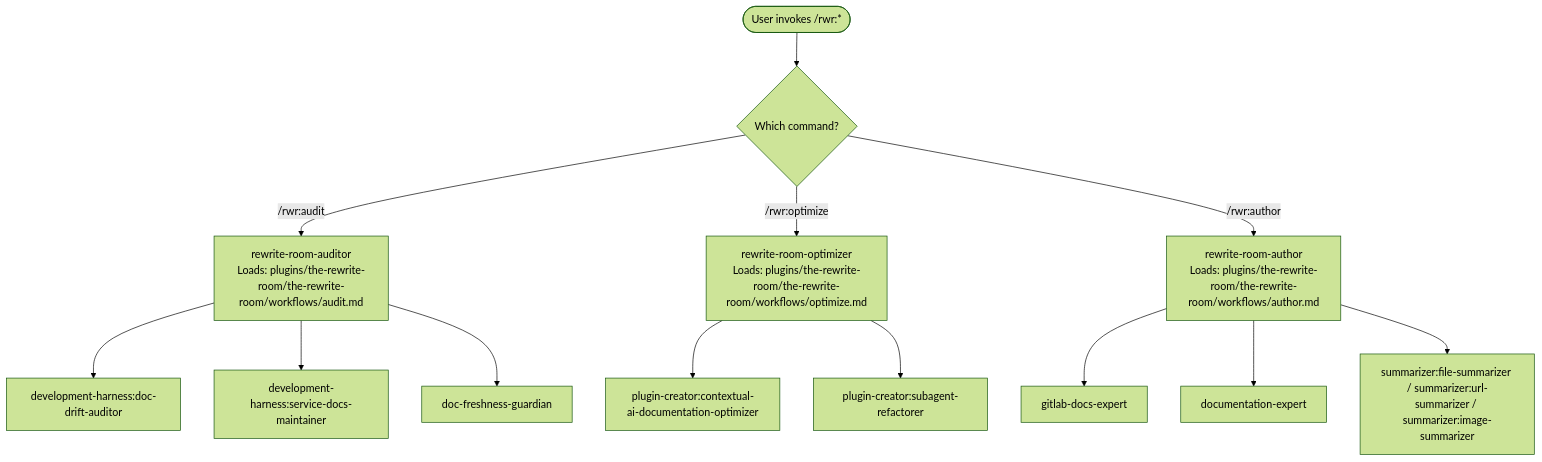
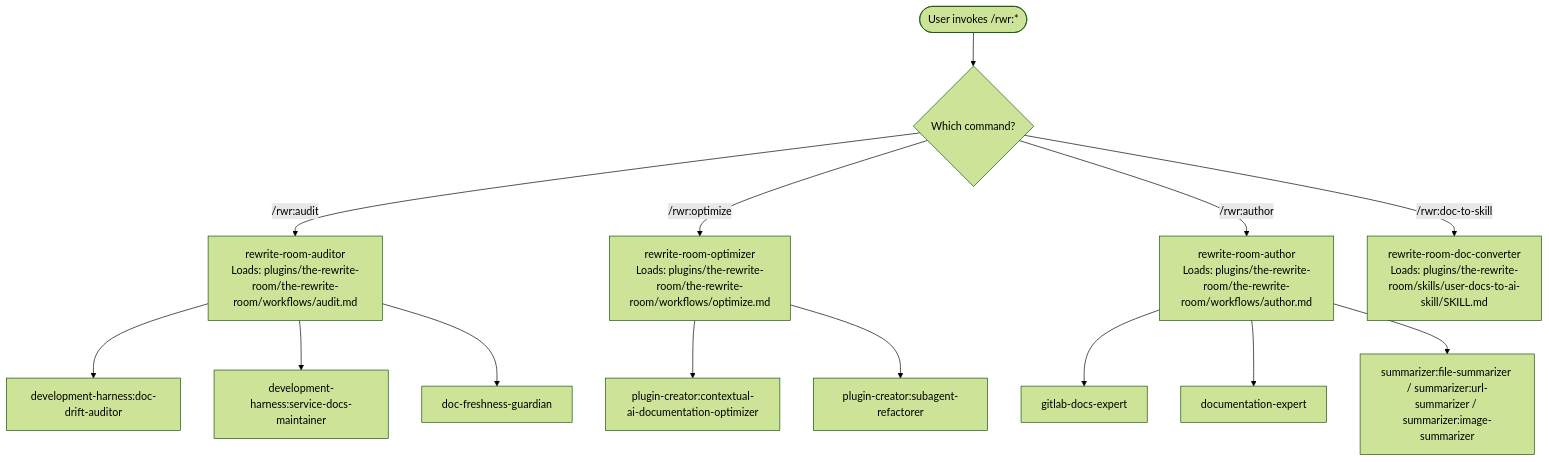
The first of 2 diagrams in plugins/the-rewrite-room/skills/the-rewrite-room/SKILL.md (chgreer1070/claude_skills), drawn with Mermaid (forest theme) before and after one commit. The commit also changed other lines of this file and 8 other files, not shown here.

First line of the commit message:
feat(user-docs-to-ai-skill): introduce new skill for converting user documentation into Claude Code skills

````diff
--- a/plugins/the-rewrite-room/skills/the-rewrite-room/SKILL.md
+++ b/plugins/the-rewrite-room/skills/the-rewrite-room/SKILL.md
@@ -30,15 +31,16 @@
 ```mermaid
 flowchart TD
     User([User invokes /rwr:*]) --> Q{Which command?}
     Q -->|/rwr:audit| Audit[rewrite-room-auditor\nLoads: plugins/the-rewrite-room/the-rewrite-room/workflows/audit.md]
     Q -->|/rwr:optimize| Opt[rewrite-room-optimizer\nLoads: plugins/the-rewrite-room/the-rewrite-room/workflows/optimize.md]
     Q -->|/rwr:author| Auth[rewrite-room-author\nLoads: plugins/the-rewrite-room/the-rewrite-room/workflows/author.md]
+    Q -->|/rwr:doc-to-skill| DocSkill[rewrite-room-doc-converter<br>Loads: plugins/the-rewrite-room/skills/user-docs-to-ai-skill/SKILL.md]
     Audit --> A1[development-harness:doc-drift-auditor]
     Audit --> A2[development-harness:service-docs-maintainer]
     Audit --> A3[doc-freshness-guardian]
     Opt --> O1[plugin-creator:contextual-ai-documentation-optimizer]
     Opt --> O2[plugin-creator:subagent-refactorer]
     Auth --> B1[gitlab-docs-expert]
     Auth --> B2[documentation-expert]
     Auth --> B3[summarizer:file-summarizer / summarizer:url-summarizer / summarizer:image-summarizer]
 ```
````
